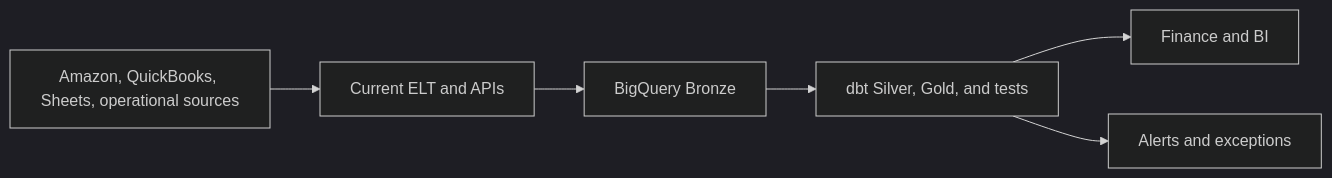
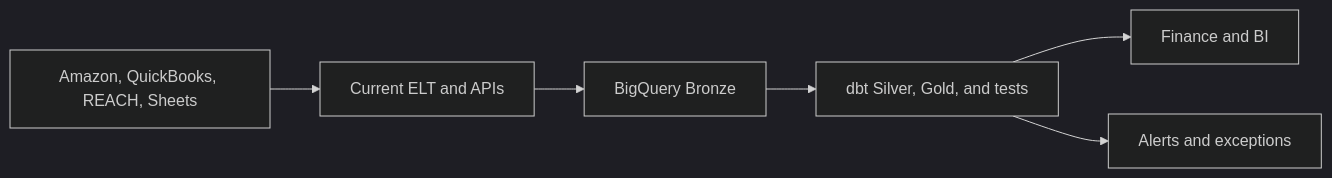
One commit to rubenatello/luminize-assessment changed the first of 2 diagrams in docs/architecture_options.md. Above: the diagram before and after it, drawn with Mermaid (dark theme). The commit also changed other lines of this file and 4 other files, not shown here.

````diff
--- a/docs/architecture_options.md
+++ b/docs/architecture_options.md
@@ -7,8 +7,8 @@
 ```mermaid
 flowchart LR
-    S["Amazon, QuickBooks, Sheets, operational sources"] --> E["Current ELT and APIs"]
+    S["Amazon, QuickBooks, REACH, Sheets"] --> E["Current ELT and APIs"]
     E --> B["BigQuery Bronze"]
     B --> D["dbt Silver, Gold, and tests"]
     D --> M["Finance and BI"]
     D --> A["Alerts and exceptions"]
 ```
````
